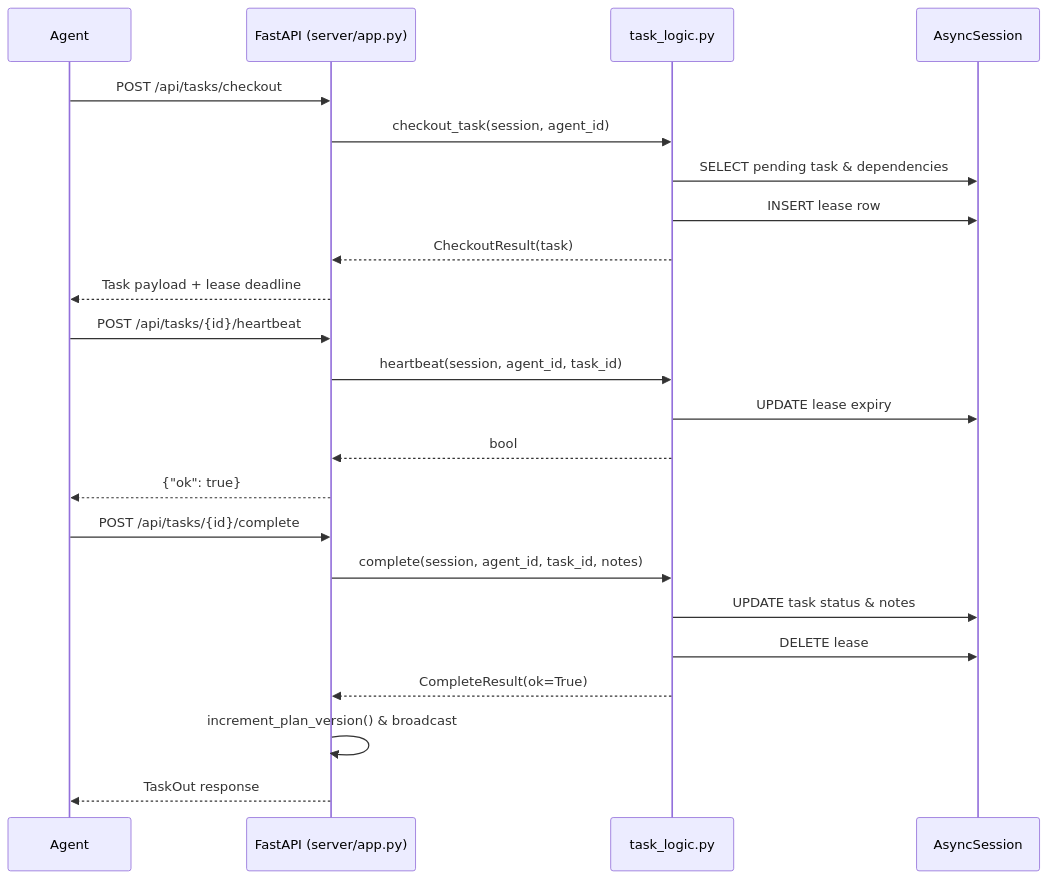
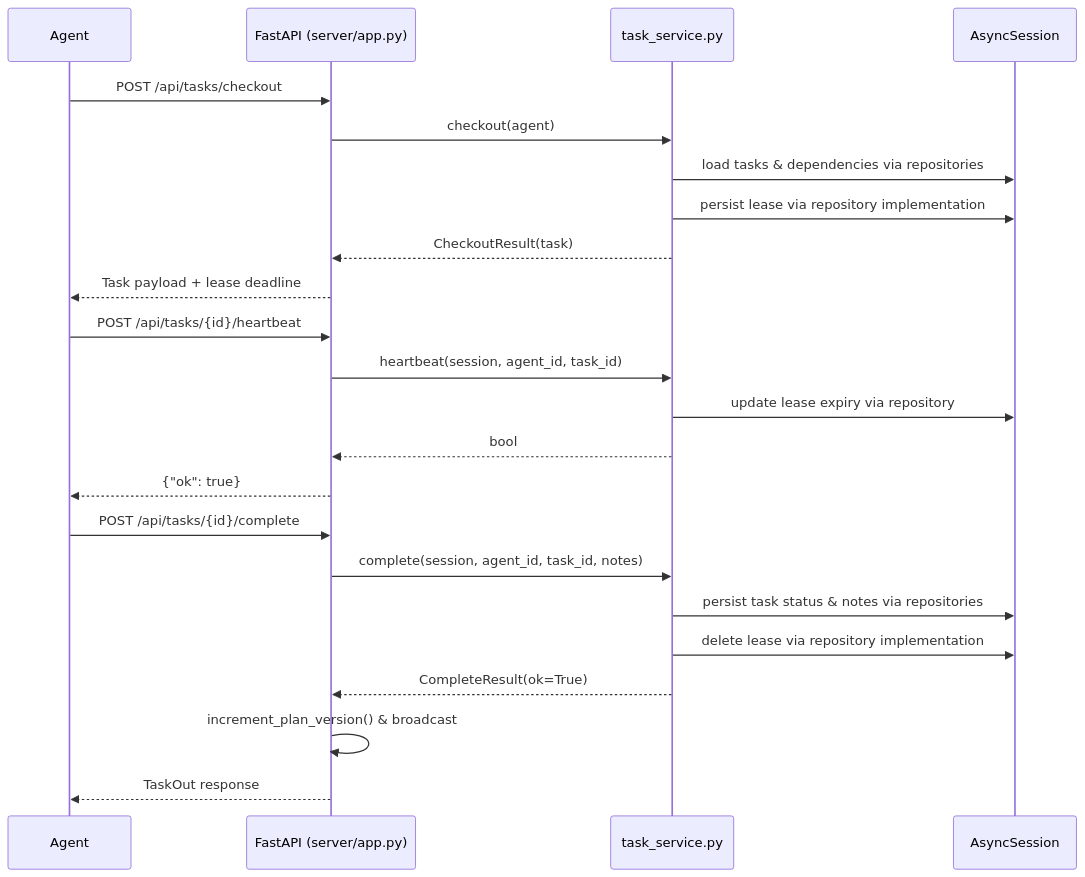
Before and after one commit to Nobodyworld/dev-agent-switchboard: the diagram in ARCHITECTURE.md, drawn with Mermaid. The commit also changed other lines of this file and 27 other files, not shown here.

Commit message:
Optimize task service data access and tests (#73)

````diff
--- a/ARCHITECTURE.md
+++ b/ARCHITECTURE.md
@@ -23,28 +23,28 @@
 ```mermaid
 sequenceDiagram
     participant Agent
     participant API as FastAPI (server/app.py)
-    participant Logic as task_logic.py
+    participant Logic as task_service.py
     participant DB as AsyncSession
 
     Agent->>API: POST /api/tasks/checkout
-    API->>Logic: checkout_task(session, agent_id)
-    Logic->>DB: SELECT pending task & dependencies
-    Logic->>DB: INSERT lease row
+    API->>Logic: checkout(agent)
+    Logic->>DB: load tasks & dependencies via repositories
+    Logic->>DB: persist lease via repository implementation
     Logic-->>API: CheckoutResult(task)
     API-->>Agent: Task payload + lease deadline
 
     Agent->>API: POST /api/tasks/{id}/heartbeat
     API->>Logic: heartbeat(session, agent_id, task_id)
-    Logic->>DB: UPDATE lease expiry
+    Logic->>DB: update lease expiry via repository
     Logic-->>API: bool
     API-->>Agent: {"ok": true}
 
     Agent->>API: POST /api/tasks/{id}/complete
     API->>Logic: complete(session, agent_id, task_id, notes)
-    Logic->>DB: UPDATE task status & notes
-    Logic->>DB: DELETE lease
+    Logic->>DB: persist task status & notes via repositories
+    Logic->>DB: delete lease via repository implementation
     Logic-->>API: CompleteResult(ok=True)
     API->>API: increment_plan_version() & broadcast
     API-->>Agent: TaskOut response
 ```
````
